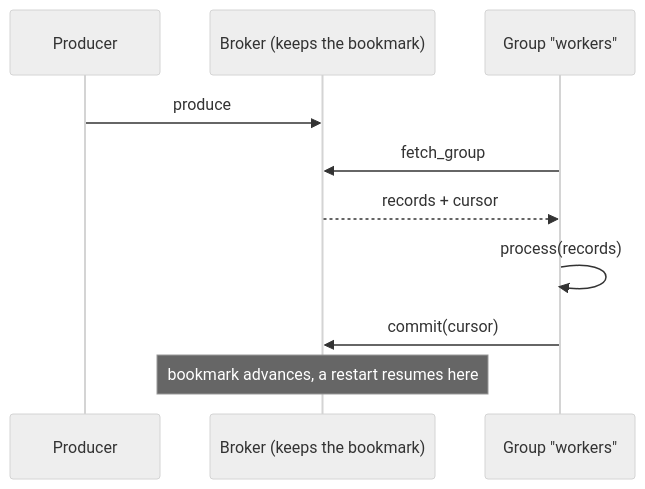
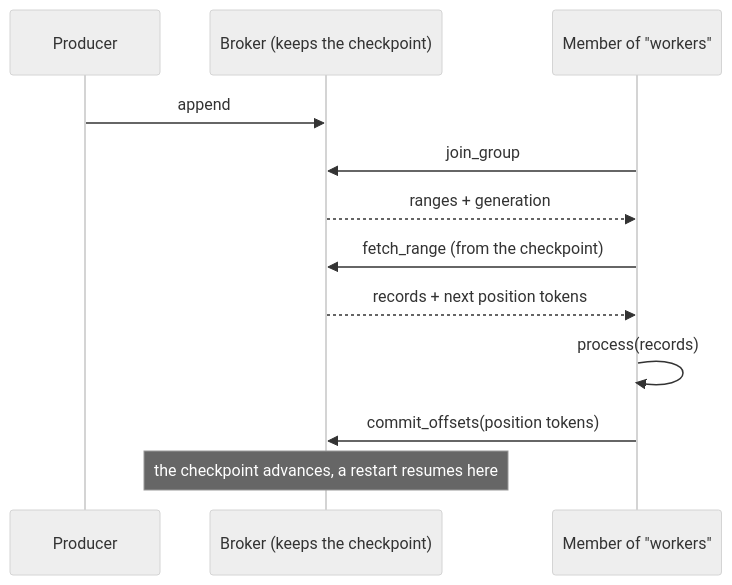
One commit to malachi-hq/malachi changed the third of 4 diagrams in docs/guides/produce-and-consume.md. Above: the diagram before and after it, drawn with Mermaid (neutral theme). The commit also changed other lines of this file and 240 other files, not shown here.

````diff
--- a/docs/guides/produce-and-consume.md
+++ b/docs/guides/produce-and-consume.md
@@ -98,12 +131,14 @@
 ```mermaid
 sequenceDiagram
   participant P as Producer
-  participant B as Broker (keeps the bookmark)
-  participant C as Group "workers"
-  P->>B: produce
-  C->>B: fetch_group
-  B-->>C: records + cursor
+  participant B as Broker (keeps the checkpoint)
+  participant C as Member of "workers"
+  P->>B: append
+  C->>B: join_group
+  B-->>C: ranges + generation
+  C->>B: fetch_range (from the checkpoint)
+  B-->>C: records + next position tokens
   C->>C: process(records)
-  C->>B: commit(cursor)
-  Note over B: bookmark advances, a restart resumes here
+  C->>B: commit_offsets(position tokens)
+  Note over B: the checkpoint advances, a restart resumes here
 ```
````
